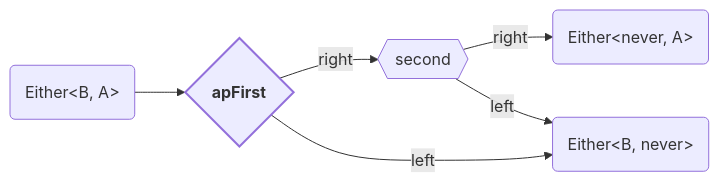
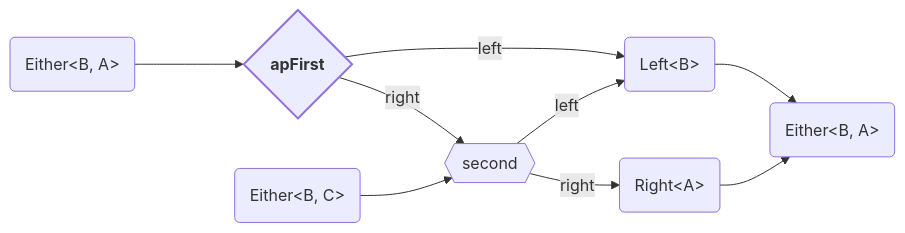
Before and after one commit to adamjosefus/fp-ts-examples: the first of 9 diagrams in Either.md, drawn with Mermaid. The commit also changed other lines of this file, not shown here.

````diff
--- a/Either.md
+++ b/Either.md
@@ -25,16 +25,22 @@
 ```mermaid
 flowchart LR
     style apFirst stroke-width: 2px
 
     input( Either<<span>B, A</span>> )
+    secondInput( Either<<span>B, C</span>> )
+    
     apFirst{ <b>apFirst</b> }
     second{{ second }}
-    outputRight("Either<<span>never, A</span>>")
-    outputLeft("Either<<span>B, never</span>>")
+    outputLeft("Left<<span>B</span>>")
+    secondOutputRight("Right<<span>A</span>>")
+    output("Either<<span>B, A</span>>")
 
-    input --> apFirst
+    input ---> apFirst
+    secondInput --> second
     apFirst --> | right | second
-    apFirst --> | left | outputLeft
-    second --> | right | outputRight
+    apFirst ---> | left | outputLeft
+    second --> | right | secondOutputRight
     second --> | left | outputLeft
+    outputLeft --> output
+    secondOutputRight --> output
 ```
````
